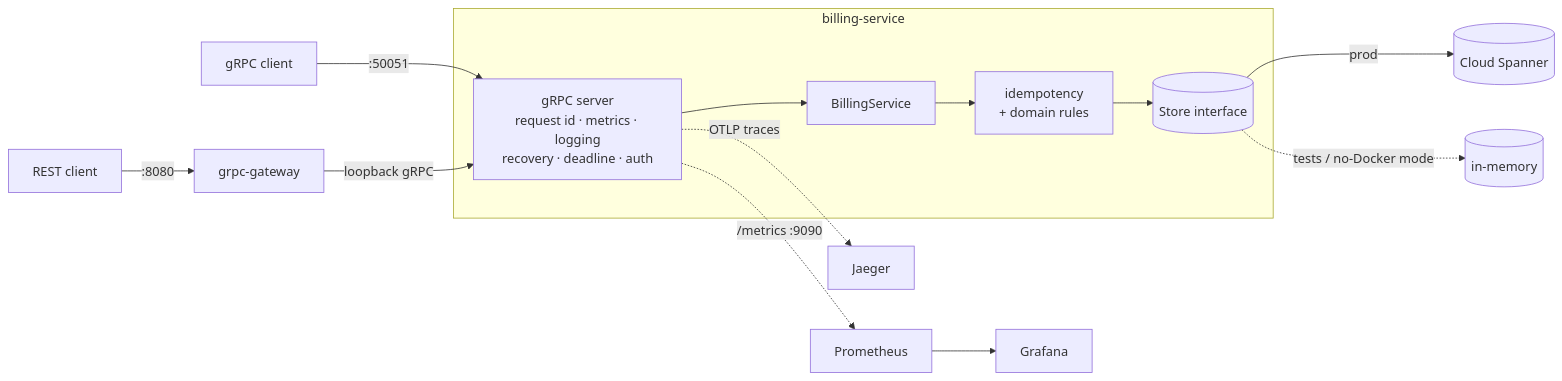
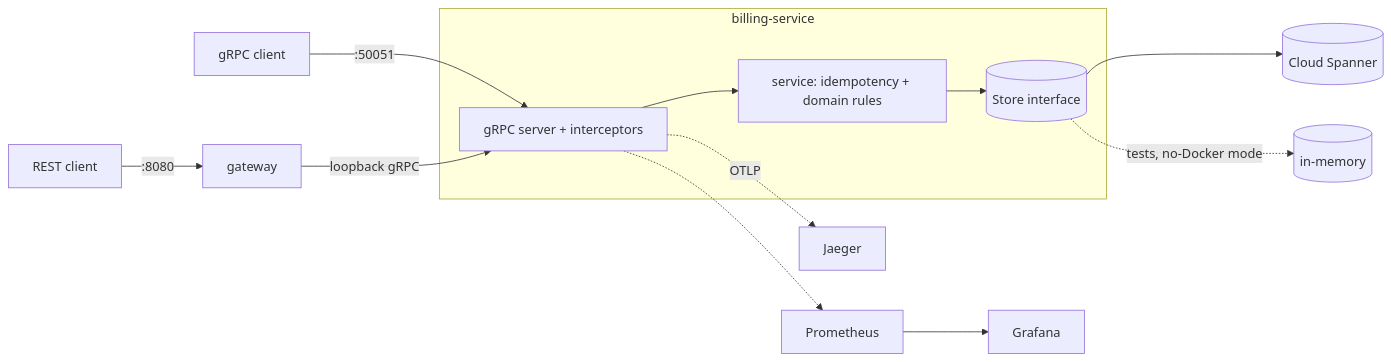
One commit to Rishi-creator-11/billing-service changed the diagram in README.md. Above: the diagram before and after it, drawn with Mermaid. The commit also changed other lines of this file and 1 other file, not shown here.

````diff
--- a/README.md
+++ b/README.md
@@ -24,19 +26,14 @@
 ```mermaid
 flowchart LR
     C[gRPC client] -->|:50051| G
-    R[REST client] -->|:8080| GW[grpc-gateway]
+    R[REST client] -->|:8080| GW[gateway]
     GW -->|loopback gRPC| G
-
     subgraph billing-service
-        G[gRPC server<br/>request id · metrics · logging<br/>recovery · deadline · auth]
-        G --> S[BillingService]
-        S --> I[idempotency<br/>+ domain rules]
-        I --> ST[(Store interface)]
+        G[gRPC server + interceptors] --> S[service: idempotency + domain rules]
+        S --> ST[(Store interface)]
     end
-
-    ST -->|prod| SP[(Cloud Spanner)]
-    ST -.->|tests / no-Docker mode| M[(in-memory)]
-
-    G -. /metrics :9090 .-> P[Prometheus] --> GR[Grafana]
-    G -. OTLP traces .-> J[Jaeger]
+    ST --> SP[(Cloud Spanner)]
+    ST -.->|tests, no-Docker mode| M[(in-memory)]
+    G -.-> P[Prometheus] --> GR[Grafana]
+    G -.->|OTLP| J[Jaeger]
 ```
````
